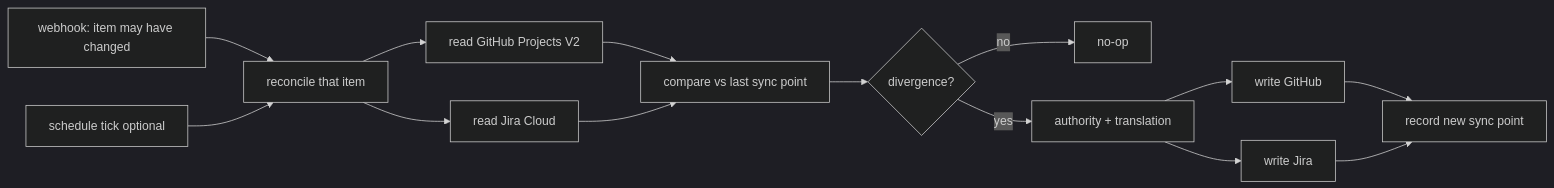
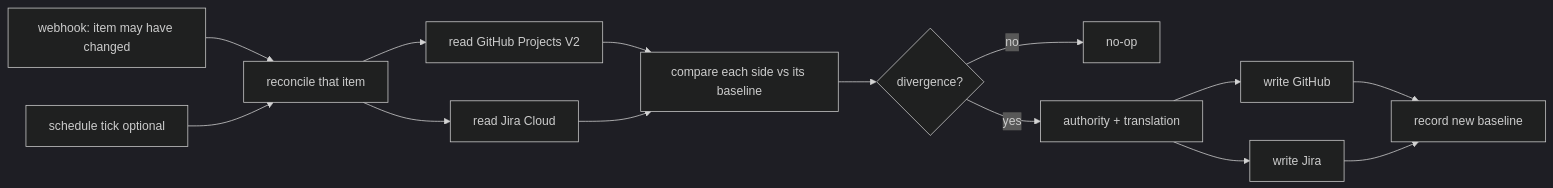
The first of 2 diagrams in _bmad-output/projects/pyforge-steward/planning-artifacts/architecture/architecture-jira-github-projects-sync-2026-08-09/ARCHITECTURE-SPINE.md (rxm7706/local-recipes), drawn with Mermaid (dark theme) before and after one commit. The commit also changed other lines of this file and 3 other files, not shown here.

````diff
--- a/_bmad-output/projects/pyforge-steward/planning-artifacts/architecture/architecture-jira-github-projects-sync-2026-08-09/ARCHITECTURE-SPINE.md
+++ b/_bmad-output/projects/pyforge-steward/planning-artifacts/architecture/architecture-jira-github-projects-sync-2026-08-09/ARCHITECTURE-SPINE.md
@@ -30,16 +30,16 @@
 ```mermaid
 flowchart LR
   W[webhook: item may have changed] --> R[reconcile that item]
   S[schedule tick optional] --> R
   R --> GR[read GitHub Projects V2]
   R --> JR[read Jira Cloud]
-  GR --> D[compare vs last sync point]
+  GR --> D[compare each side vs its baseline]
   JR --> D
   D --> P{divergence?}
   P -- no --> N[no-op]
   P -- yes --> A[authority + translation]
   A --> GW[write GitHub]
   A --> JW[write Jira]
-  GW --> M[record new sync point]
+  GW --> M[record new baseline]
   JW --> M
 ```
````
